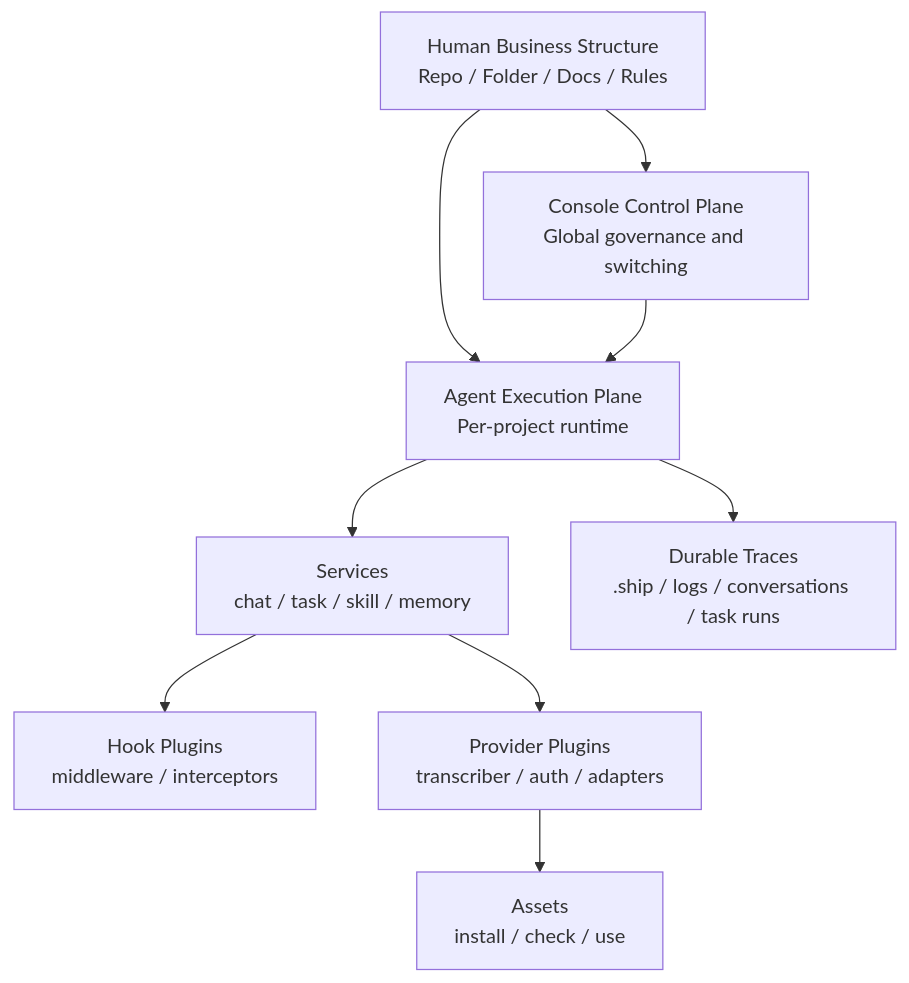
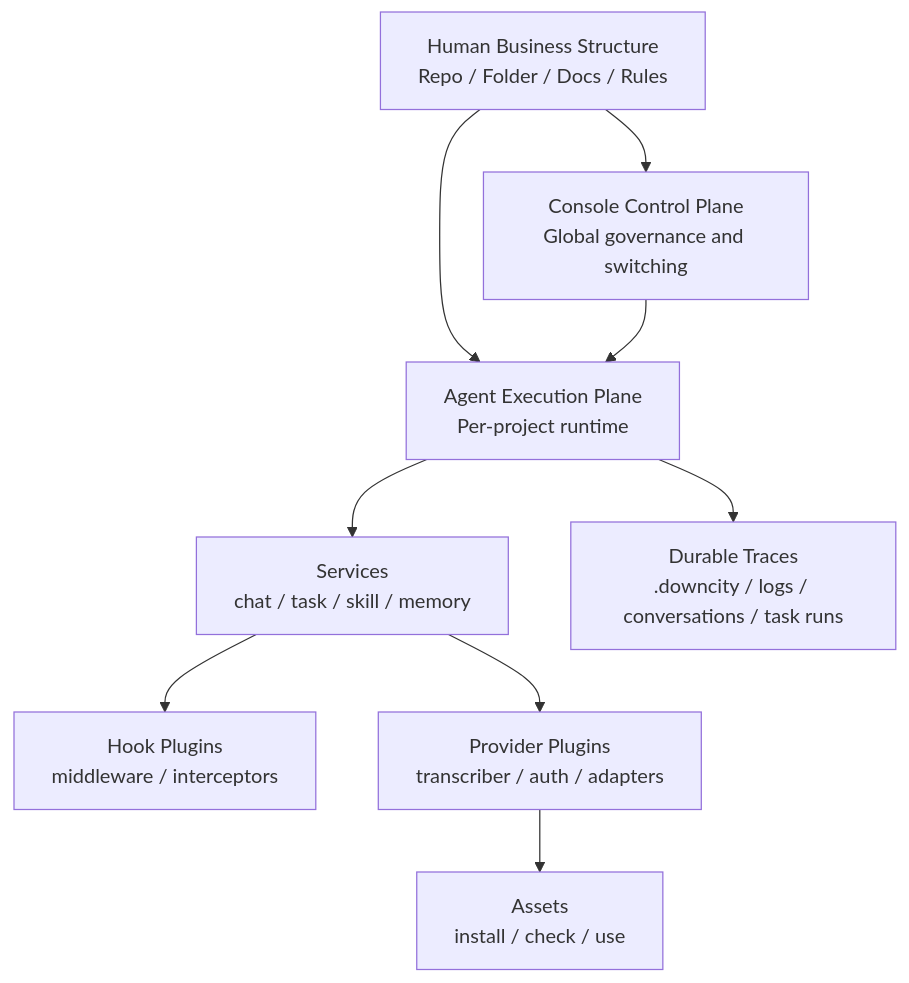
The diagram in homepage/content/devdocs/zh/philosophy/principles.mdx (wangenius/downcity), drawn with Mermaid before and after one commit. The commit also changed other lines of this file and 240 other files, not shown here.

````diff
--- a/homepage/content/devdocs/zh/philosophy/principles.mdx
+++ b/homepage/content/devdocs/zh/philosophy/principles.mdx
@@ -126,11 +126,11 @@
 ```mermaid
 flowchart TD
   H["Human Business Structure<br/>Repo / Folder / Docs / Rules"] --> C["Console Control Plane<br/>Global governance and switching"]
   H --> A["Agent Execution Plane<br/>Per-project runtime"]
   C --> A
   A --> S["Services<br/>chat / task / skill / memory"]
   S --> HP["Hook Plugins<br/>middleware / interceptors"]
   S --> PP["Provider Plugins<br/>transcriber / auth / adapters"]
   PP --> T["Assets<br/>install / check / use"]
-  A --> D["Durable Traces<br/>.ship / logs / conversations / task runs"]
+  A --> D["Durable Traces<br/>.downcity / logs / conversations / task runs"]
 ```
````
